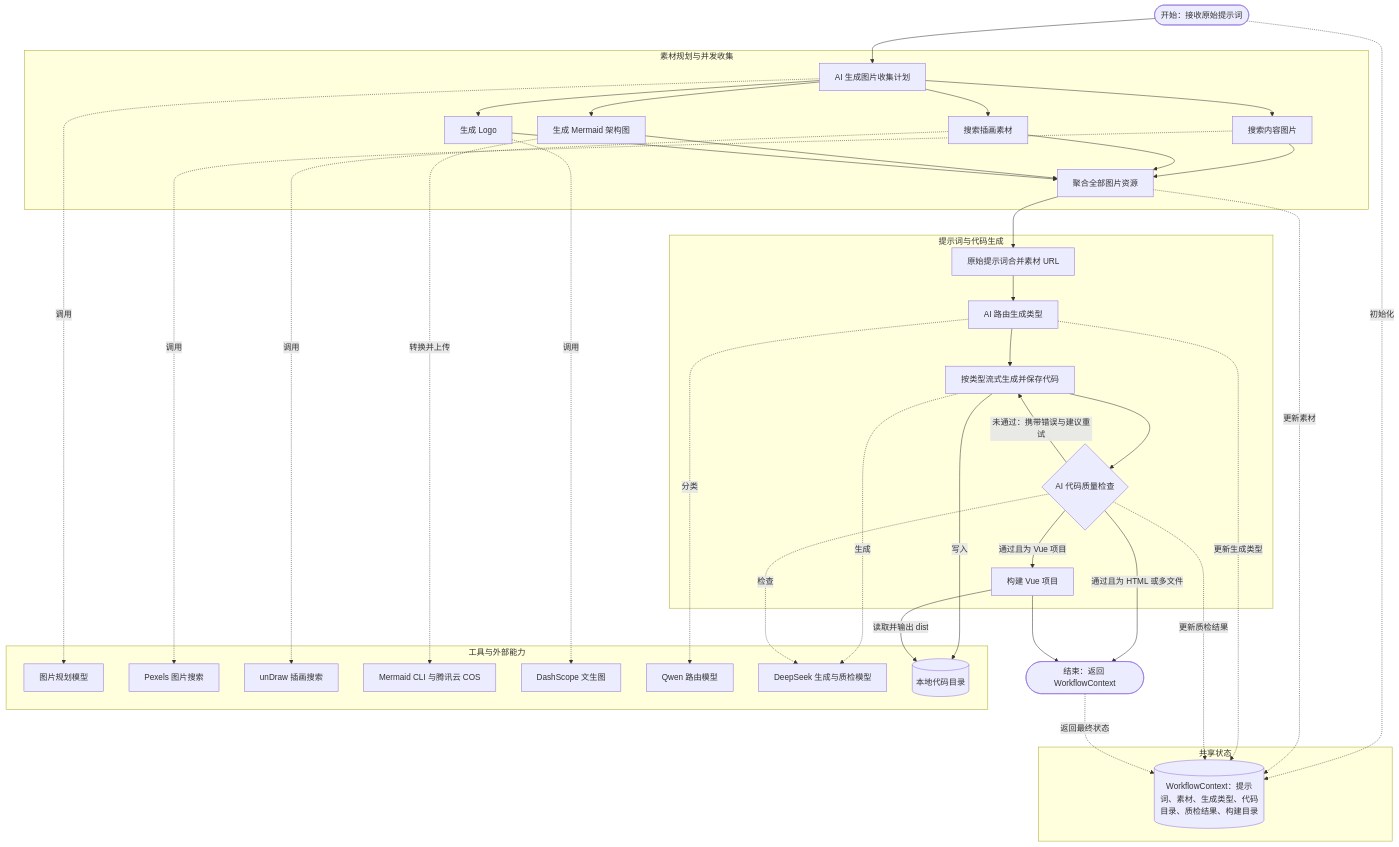
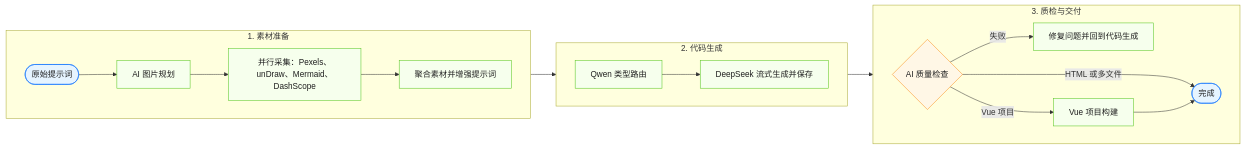
One commit to StevenZha0/WebGenerator changed the second of 3 diagrams in README.md. Above: the diagram before and after it, drawn with Mermaid. The commit also changed 1 other file, not shown here.

Commit message:
docs: simplify workflow architecture layout

````diff
--- a/README.md
+++ b/README.md
@@ -81,71 +81,39 @@
 ```mermaid
-flowchart TD
-    startNode(["开始：接收原始提示词"])
-
-    subgraph materialStage["素材规划与并发收集"]
-        imagePlan["AI 生成图片收集计划"]
-        contentCollector["搜索内容图片"]
-        illustrationCollector["搜索插画素材"]
-        diagramCollector["生成 Mermaid 架构图"]
-        logoCollector["生成 Logo"]
-        imageAggregator["聚合全部图片资源"]
+flowchart LR
+    subgraph prepareStage["1. 素材准备"]
+        direction LR
+        startNode(["原始提示词"])
+        imagePlan["AI 图片规划"]
+        materialCollector["并行采集：Pexels、unDraw、Mermaid、DashScope"]
+        promptEnhancer["聚合素材并增强提示词"]
+        startNode --> imagePlan --> materialCollector --> promptEnhancer
     end
 
-    subgraph generationStage["提示词与代码生成"]
-        promptEnhancer["原始提示词合并素材 URL"]
-        typeRouter["AI 路由生成类型"]
-        codeGenerator["按类型流式生成并保存代码"]
-        qualityCheck{"AI 代码质量检查"}
-        projectBuilder["构建 Vue 项目"]
+    subgraph generateStage["2. 代码生成"]
+        direction LR
+        typeRouter["Qwen 类型路由"]
+        codeGenerator["DeepSeek 流式生成并保存"]
+        typeRouter --> codeGenerator
     end
 
-    finishNode(["结束：返回 WorkflowContext"])
-
-    subgraph sharedState["共享状态"]
-        workflowContext[("WorkflowContext：提示词、素材、生成类型、代码目录、质检结果、构建目录")]
+    subgraph deliveryStage["3. 质检与交付"]
+        direction LR
+        qualityCheck{"AI 质量检查"}
+        retryNode["修复问题并回到代码生成"]
+        projectBuilder["Vue 项目构建"]
+        finishNode(["完成"])
+        qualityCheck -->|"失败"| retryNode
+        qualityCheck -->|"HTML 或多文件"| finishNode
+        qualityCheck -->|"Vue 项目"| projectBuilder --> finishNode
     end
 
-    subgraph dependencies["工具与外部能力"]
-        planningModel["图片规划模型"]
-        pexels["Pexels 图片搜索"]
-        undraw["unDraw 插画搜索"]
-        mermaidCli["Mermaid CLI 与腾讯云 COS"]
-        dashscopeImage["DashScope 文生图"]
-        routingModel["Qwen 路由模型"]
-        generationModel["DeepSeek 生成与质检模型"]
-        localFiles[("本地代码目录")]
-    end
+    promptEnhancer --> typeRouter
+    codeGenerator --> qualityCheck
 
-    startNode --> imagePlan
-    imagePlan --> contentCollector
-    imagePlan --> illustrationCollector
-    imagePlan --> diagramCollector
-    imagePlan --> logoCollector
-    contentCollector --> imageAggregator
-    illustrationCollector --> imageAggregator
-    diagramCollector --> imageAggregator
-    logoCollector --> imageAggregator
-    imageAggregator --> promptEnhancer
-    promptEnhancer --> typeRouter
-    typeRouter --> codeGenerator
-    codeGenerator --> qualityCheck
-    qualityCheck -->|"未通过：携带错误与建议重试"| codeGenerator
-    qualityCheck -->|"通过且为 Vue 项目"| projectBuilder
-    qualityCheck -->|"通过且为 HTML 或多文件"| finishNode
-    projectBuilder --> finishNode
-    imagePlan -.->|"调用"| planningModel
-    contentCollector -.->|"调用"| pexels
-    illustrationCollector -.->|"调用"| undraw
-    diagramCollector -.->|"转换并上传"| mermaidCli
-    logoCollector -.->|"调用"| dashscopeImage
-    typeRouter -.->|"分类"| routingModel
-    codeGenerator -.->|"生成"| generationModel
-    qualityCheck -.->|"检查"| generationModel
-    codeGenerator -->|"写入"| localFiles
-    projectBuilder -->|"读取并输出 dist"| localFiles
-    startNode -.->|"初始化"| workflowContext
-    imageAggregator -.->|"更新素材"| workflowContext
-    typeRouter -.->|"更新生成类型"| workflowContext
-    qualityCheck -.->|"更新质检结果"| workflowContext
-    finishNode -.->|"返回最终状态"| workflowContext
+    classDef endpoint fill:#e6f4ff,stroke:#1677ff,color:#1f1f1f
+    classDef process fill:#f6ffed,stroke:#52c41a,color:#1f1f1f
+    classDef decision fill:#fff7e6,stroke:#fa8c16,color:#1f1f1f
+    class startNode,finishNode endpoint
+    class imagePlan,materialCollector,promptEnhancer,typeRouter,codeGenerator,retryNode,projectBuilder process
+    class qualityCheck decision
 ```
````
